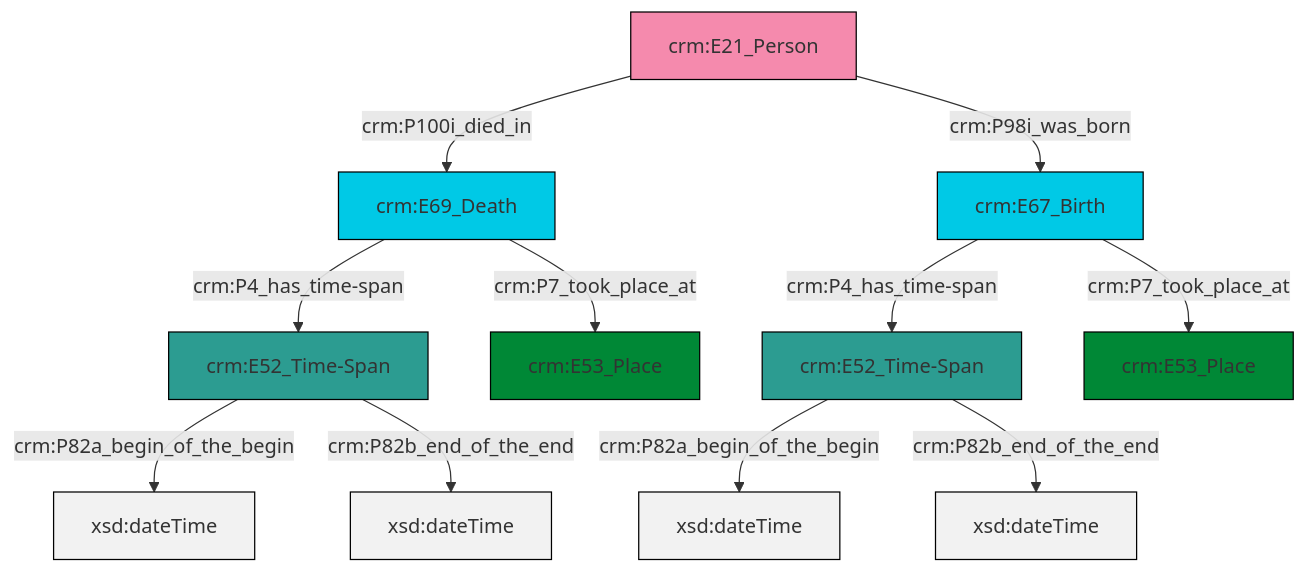
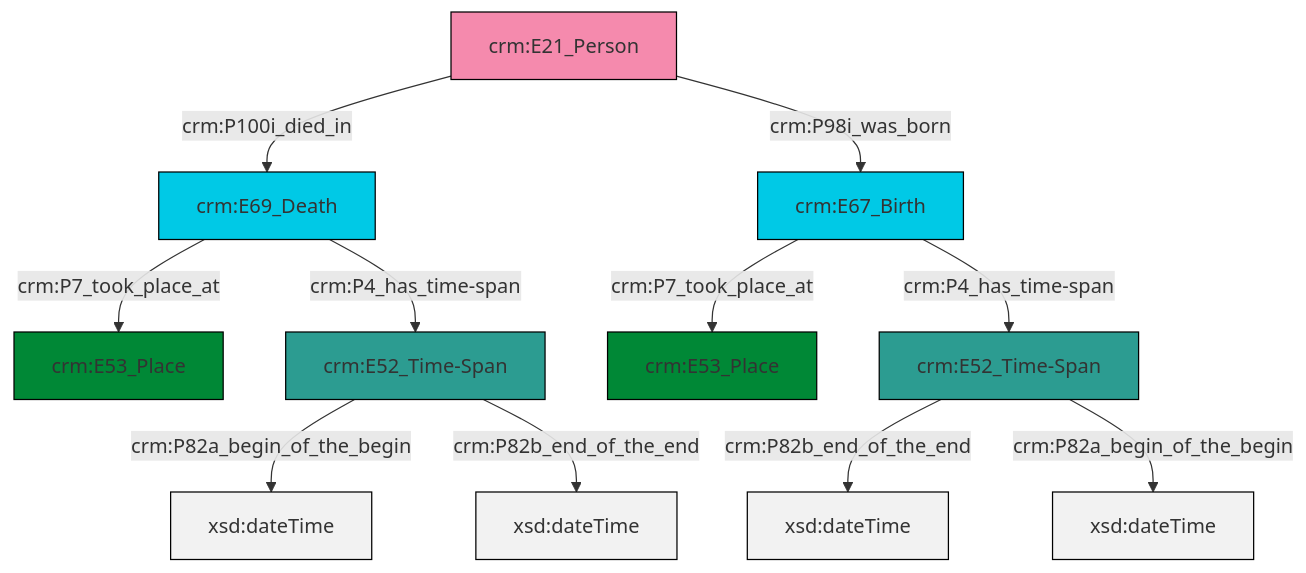
Before and after one commit to swiss-art-research-net/reference-data-models: the diagram in et/personCSV/ttl/mmd/Person_Existence.ttl.mmd, drawn with Mermaid. The commit also changed 153 other files, not shown here.

```diff
--- a/et/personCSV/ttl/mmd/Person_Existence.ttl.mmd
+++ b/et/personCSV/ttl/mmd/Person_Existence.ttl.mmd
@@ -1,25 +1,25 @@
 graph TD
 classDef Literal fill:#f2f2f2,stroke:#000000;
 classDef CRM_Entity fill:#FFFFFF,stroke:#000000;
 classDef Temporal_Entity fill:#00C9E6, stroke:#000000;
 classDef Type fill:#E18312, stroke:#000000;
 classDef Time-Span fill:#2C9C91, stroke:#000000;
 classDef Appellation fill:#FFEB7F, stroke:#000000;
 classDef Place fill:#008836, stroke:#000000;
 classDef Persistent_Item fill:#B266B2, stroke:#000000;
 classDef Conceptual_Object fill:#FFD700, stroke:#000000;
 classDef Physical_Thing fill:#D2B48C, stroke:#000000;
 classDef Actor fill:#f58aad, stroke:#000000;
 classDef PC_Classes fill:#4ce600, stroke:#000000;
 classDef Multi fill:#cccccc,stroke:#000000;
 
-0["crm:E21_Person"]:::Actor -->|crm:P100i_died_in| 1["crm:E69_Death"]:::Temporal_Entity
-1["crm:E69_Death"]:::Temporal_Entity -->|crm:P4_has_time-span| 2["crm:E52_Time-Span"]:::Time-Span
-6["crm:E67_Birth"]:::Temporal_Entity -->|crm:P4_has_time-span| 7["crm:E52_Time-Span"]:::Time-Span
-6["crm:E67_Birth"]:::Temporal_Entity -->|crm:P7_took_place_at| 8["crm:E53_Place"]:::Place
-2["crm:E52_Time-Span"]:::Time-Span -->|crm:P82a_begin_of_the_begin| 9[xsd:dateTime]:::Literal
-7["crm:E52_Time-Span"]:::Time-Span -->|crm:P82a_begin_of_the_begin| 10[xsd:dateTime]:::Literal
-1["crm:E69_Death"]:::Temporal_Entity -->|crm:P7_took_place_at| 3["crm:E53_Place"]:::Place
-7["crm:E52_Time-Span"]:::Time-Span -->|crm:P82b_end_of_the_end| 11[xsd:dateTime]:::Literal
-0["crm:E21_Person"]:::Actor -->|crm:P98i_was_born| 6["crm:E67_Birth"]:::Temporal_Entity
-2["crm:E52_Time-Span"]:::Time-Span -->|crm:P82b_end_of_the_end| 13[xsd:dateTime]:::Literal
+0["crm:E52_Time-Span"]:::Time-Span -->|crm:P82b_end_of_the_end| 1[xsd:dateTime]:::Literal
+7["crm:E52_Time-Span"]:::Time-Span -->|crm:P82a_begin_of_the_begin| 9[xsd:dateTime]:::Literal
+10["crm:E67_Birth"]:::Temporal_Entity -->|crm:P7_took_place_at| 5["crm:E53_Place"]:::Place
+2["crm:E69_Death"]:::Temporal_Entity -->|crm:P7_took_place_at| 13["crm:E53_Place"]:::Place
+11["crm:E21_Person"]:::Actor -->|crm:P100i_died_in| 2["crm:E69_Death"]:::Temporal_Entity
+2["crm:E69_Death"]:::Temporal_Entity -->|crm:P4_has_time-span| 7["crm:E52_Time-Span"]:::Time-Span
+11["crm:E21_Person"]:::Actor -->|crm:P98i_was_born| 10["crm:E67_Birth"]:::Temporal_Entity
+7["crm:E52_Time-Span"]:::Time-Span -->|crm:P82b_end_of_the_end| 14[xsd:dateTime]:::Literal
+0["crm:E52_Time-Span"]:::Time-Span -->|crm:P82a_begin_of_the_begin| 17[xsd:dateTime]:::Literal
+10["crm:E67_Birth"]:::Temporal_Entity -->|crm:P4_has_time-span| 0["crm:E52_Time-Span"]:::Time-Span
```
